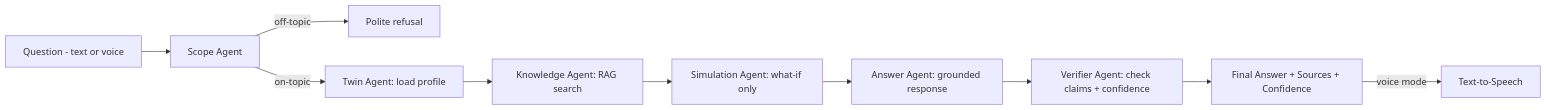
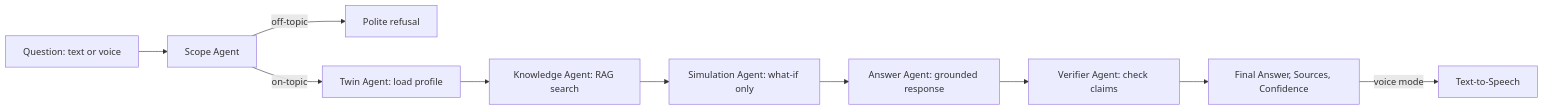
One commit to RobinChahal0010/MedTwin changed the second of 5 diagrams in readme.md. Above: the diagram before and after it, drawn with Mermaid. The commit also changed other lines of this file, not shown here.

````diff
--- a/readme.md
+++ b/readme.md
@@ -141,12 +141,12 @@
 ```mermaid
 flowchart LR
-    Q[Question - text or voice] --> S[Scope Agent]
-    S -->|off-topic| X[Polite refusal]
-    S -->|on-topic| T[Twin Agent: load profile]
-    T --> K[Knowledge Agent: RAG search]
-    K --> M[Simulation Agent: what-if only]
-    M --> AN[Answer Agent: grounded response]
-    AN --> V[Verifier Agent: check claims + confidence]
-    V --> R[Final Answer + Sources + Confidence]
-    R -->|voice mode| TTS[Text-to-Speech]
+    Q["Question: text or voice"] --> S["Scope Agent"]
+    S -->|off-topic| X["Polite refusal"]
+    S -->|on-topic| T["Twin Agent: load profile"]
+    T --> K["Knowledge Agent: RAG search"]
+    K --> M["Simulation Agent: what-if only"]
+    M --> AN["Answer Agent: grounded response"]
+    AN --> V["Verifier Agent: check claims"]
+    V --> R["Final Answer, Sources, Confidence"]
+    R -->|voice mode| TTS["Text-to-Speech"]
 ```
````
